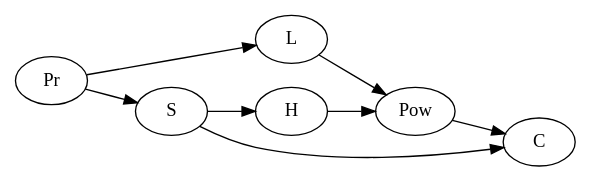
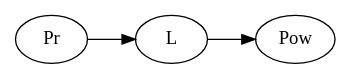
One commit to smarianimore/multiagent_algorithm changed the diagram in tmp/1/Digraph.gv. Above: the diagram before and after it, drawn with Graphviz. The commit also changed 17 other files, not shown here.

```diff
--- a/tmp/1/Digraph.gv
+++ b/tmp/1/Digraph.gv
@@ -1,10 +1,5 @@
 digraph {
 	graph [rankdir=LR]
 	Pr -> L
-	Pr -> S
 	L -> Pow
-	Pow -> C
-	H -> Pow
-	S -> H
-	S -> C
 }
```
